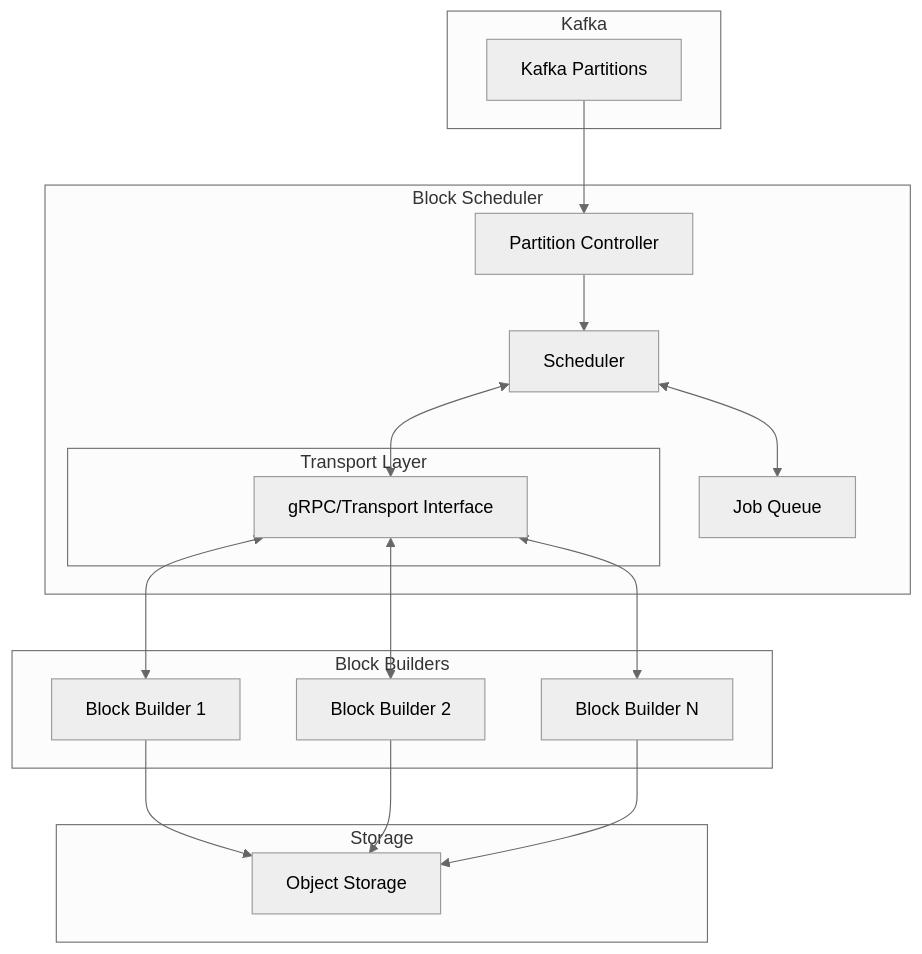
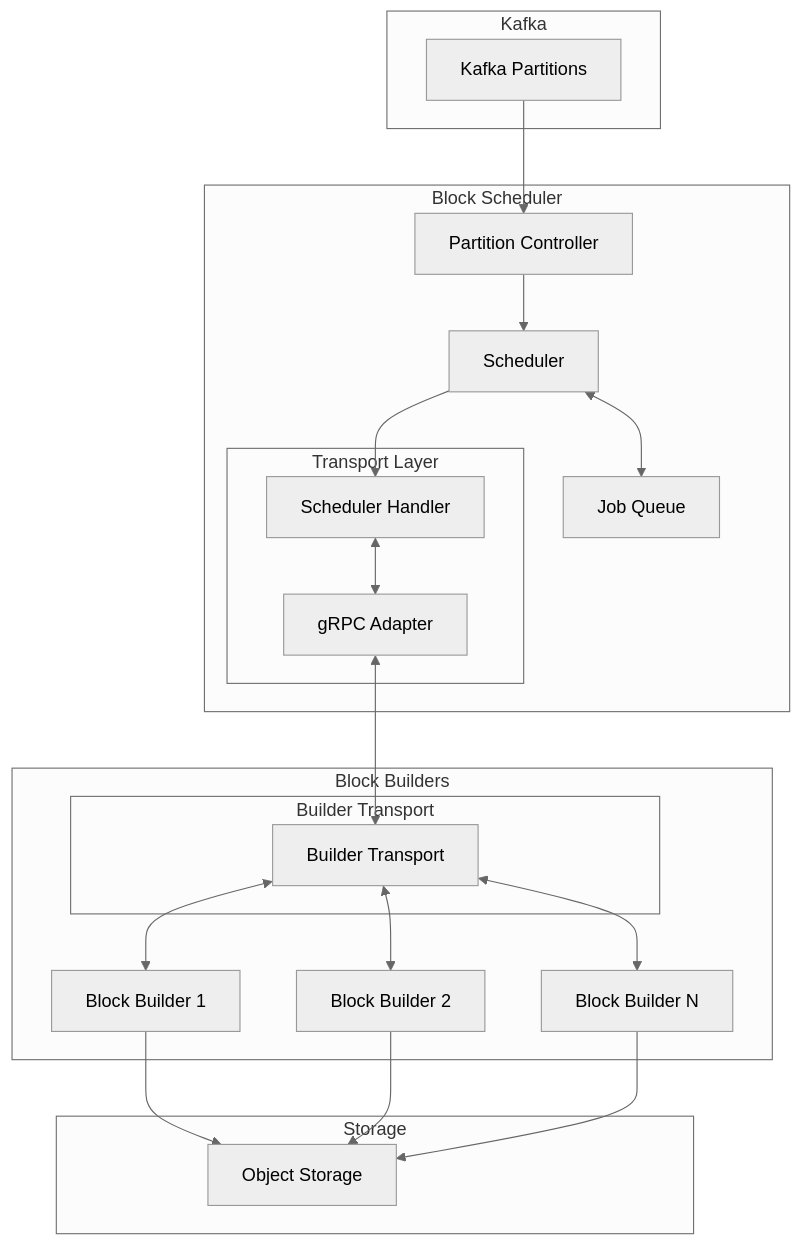
The first of 2 diagrams in pkg/blockbuilder/architecture.md (grafana/loki), drawn with Mermaid (neutral theme) before and after one commit. The commit also changed other lines of this file and 10 other files, not shown here.

Commit message:
splits the blockbuilder transport into 2: a transport for the builder side and a grpc adapter for the scheduler side

````diff
--- a/pkg/blockbuilder/architecture.md
+++ b/pkg/blockbuilder/architecture.md
@@ -33,37 +38,44 @@
 ```mermaid
 graph TB
     subgraph Kafka
         KP[Kafka Partitions]
     end
 
     subgraph Block Scheduler
         S[Scheduler]
         Q[Job Queue]
         PC[Partition Controller]
         
         subgraph Transport Layer
-            T[gRPC/Transport Interface]
+            GA[gRPC Adapter]
+            SH[Scheduler Handler]
         end
     end
 
     subgraph Block Builders
         BB1[Block Builder 1]
         BB2[Block Builder 2]
         BB3[Block Builder N]
+        
+        subgraph Builder Transport
+            BT[Builder Transport]
+        end
     end
 
     subgraph Storage
         OS[Object Storage]
     end
 
     KP --> PC
     PC --> S
     S <--> Q
-    S <--> T
-    T <--> BB1
-    T <--> BB2
-    T <--> BB3
+    S --> SH
+    SH <--> GA
+    GA <--> BT
+    BT <--> BB1
+    BT <--> BB2
+    BT <--> BB3
     BB1 --> OS
     BB2 --> OS
     BB3 --> OS
 ```
````
